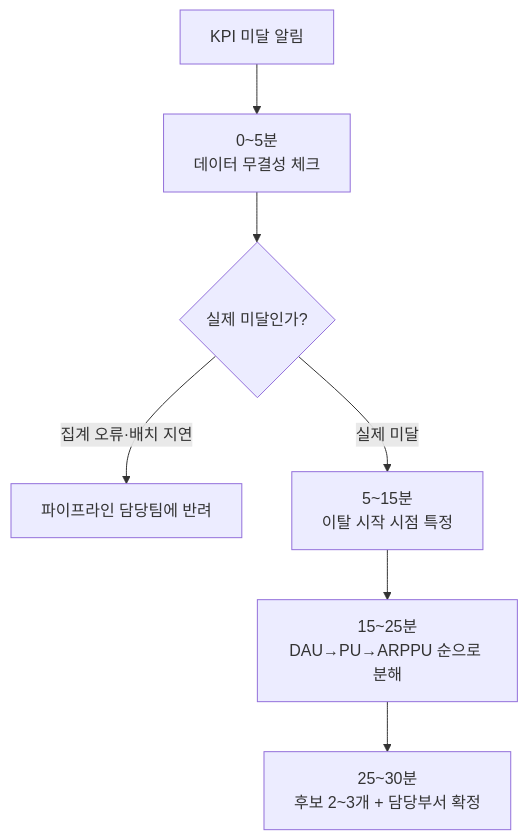
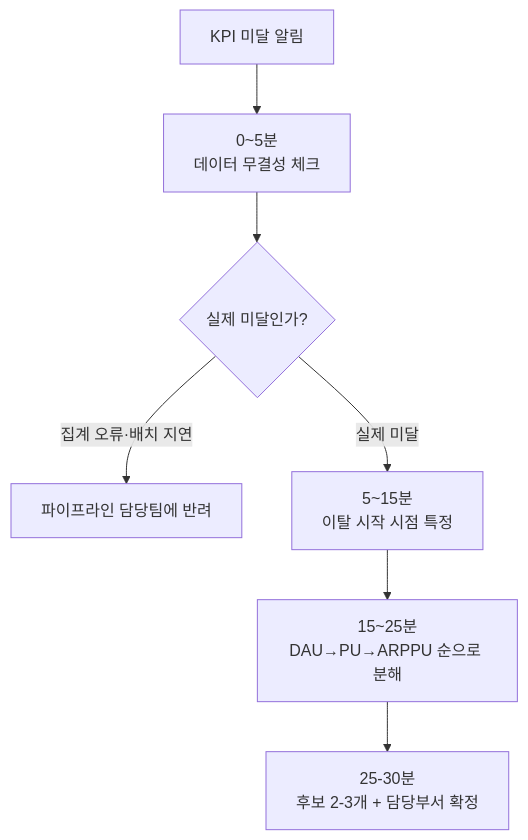
The first of 2 diagrams in content/blog/kpi-shortfall-revenue-decomposition-root-cause.md (DBhyeong/DBhyeong.github.io), drawn with Mermaid before and after one commit. The commit also changed 6 other files, not shown here.

First line of the commit message:
fix(mermaid): 라벨 내 물결 2개가 취소선으로 파싱되는 버그 수정

````diff
--- a/content/blog/kpi-shortfall-revenue-decomposition-root-cause.md
+++ b/content/blog/kpi-shortfall-revenue-decomposition-root-cause.md
@@ -16,9 +16,9 @@
 ```mermaid
 flowchart TD
   A["KPI 미달 알림"] --> B["0~5분<br/>데이터 무결성 체크"]
   B --> C{"실제 미달인가?"}
   C -->|"집계 오류·배치 지연"| Z["파이프라인 담당팀에 반려"]
   C -->|"실제 미달"| D["5~15분<br/>이탈 시작 시점 특정"]
   D --> E["15~25분<br/>DAU→PU→ARPPU 순으로 분해"]
-  E --> F["25~30분<br/>후보 2~3개 + 담당부서 확정"]
+  E --> F["25-30분<br/>후보 2-3개 + 담당부서 확정"]
 ```
````
